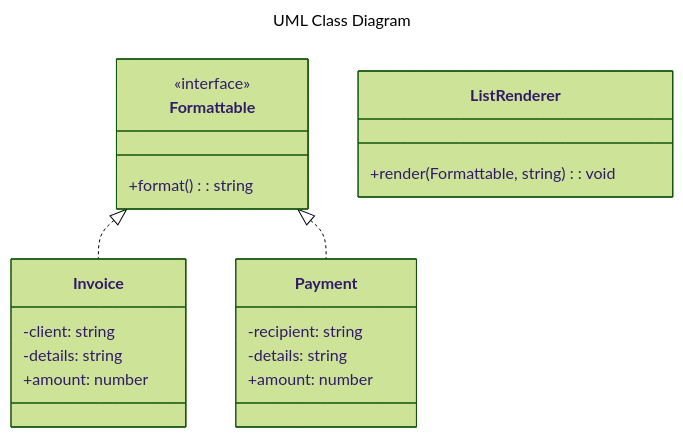
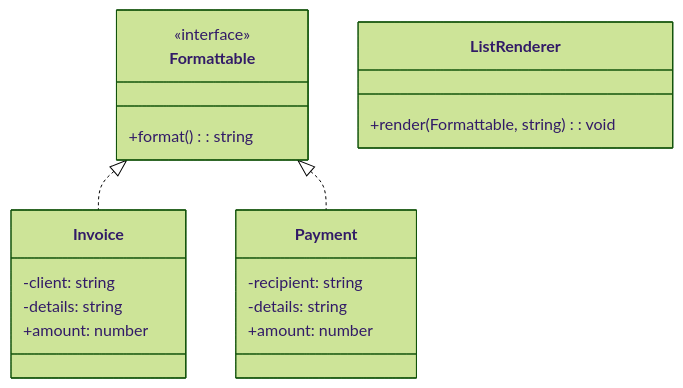
The diagram in README.md (Ihor16/typescript-tutorial), drawn with Mermaid (forest theme) before and after one commit. The commit also changed other lines of this file, not shown here.

````diff
--- a/README.md
+++ b/README.md
@@ -5,28 +5,25 @@
 ```mermaid
----
-title: UML Class Diagram
----
 classDiagram
     class Formattable{
         <<interface>>
         +format(): string
     }
 
     class Invoice{
         -client: string
         -details: string
         +amount: number
     }
     Formattable<|..Invoice
 
     class Payment{
         -recipient: string
         -details: string
         +amount: number
     }
     Formattable<|..Payment
 
     class ListRenderer{
         +render(Formattable, string): void
     }
 ```
````
